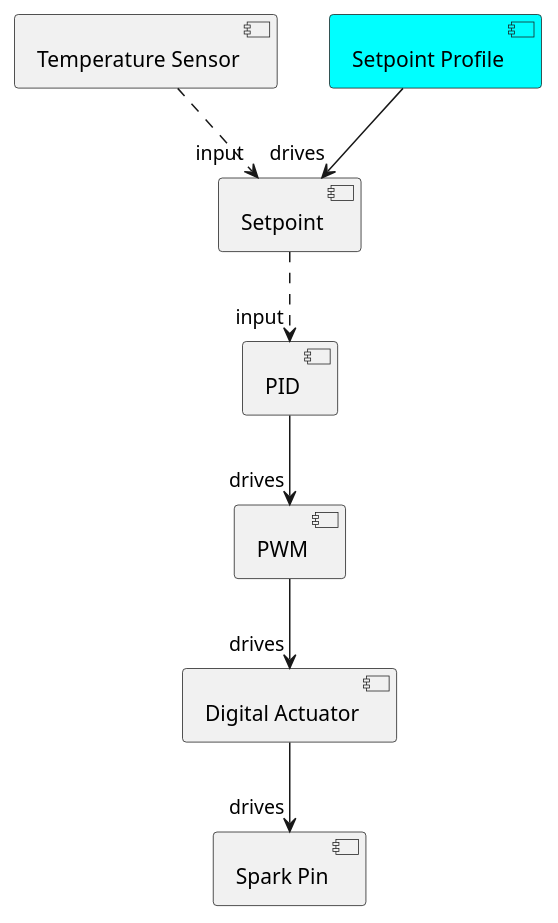
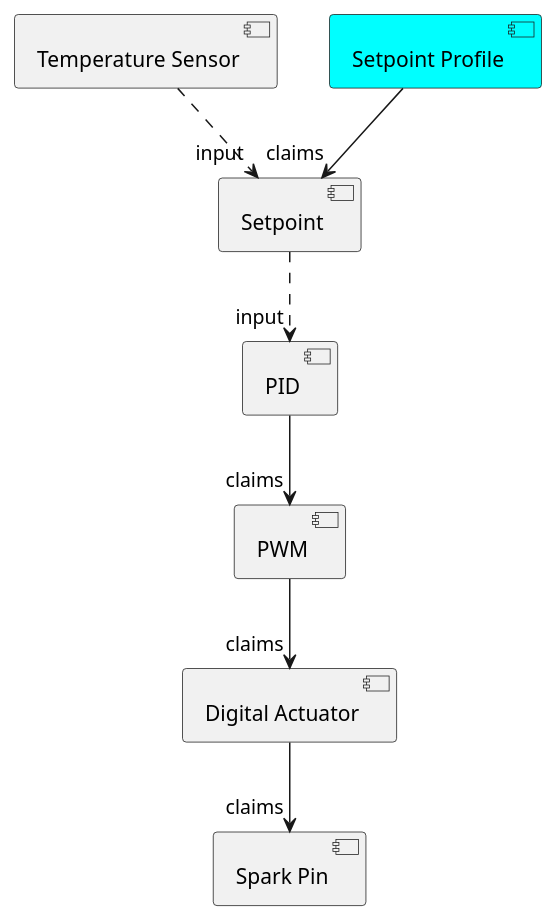
Before and after one commit to BrewBlox/brewblox-documentation: the fifth of 7 diagrams in docs/user/control_chains.md, drawn with PlantUML. The commit also changed other lines of this file and 1 other file, not shown here.

Commit message:
add fast pwm / soft start changes to release notes

````diff
--- a/docs/user/control_chains.md
+++ b/docs/user/control_chains.md
@@ -227,19 +227,19 @@
 ```plantuml
 @startuml Profile control chain
 component Sensor as "Temperature Sensor"
 component Profile as "Setpoint Profile" #Cyan
 component Setpoint
 component PID
 component PWM
 component Digital as "Digital Actuator"
 component Pin as "Spark Pin"
 
 Sensor .down.> "input" Setpoint
-Profile -down-> "drives" Setpoint
+Profile -down-> "claims" Setpoint
 Setpoint .down.> "input" PID
-PID -down-> "drives" PWM
-PWM -down-> "drives" Digital
-Digital -down-> "drives" Pin
+PID -down-> "claims" PWM
+PWM -down-> "claims" Digital
+Digital -down-> "claims" Pin
 
 @enduml
 ```
````
